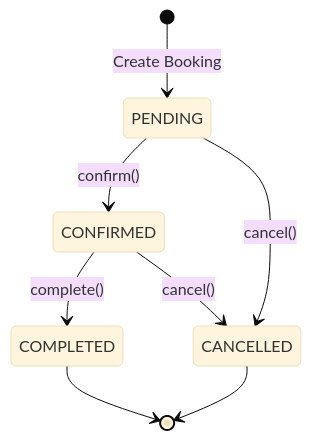
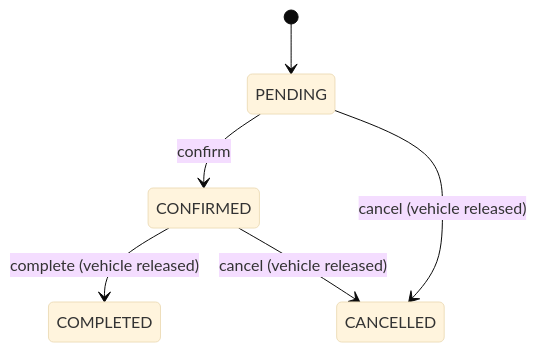
One commit to SoupikChowdhury/cpp-lld changed the second of 2 diagrams in lld/car_rental/README.md. Above: the diagram before and after it, drawn with Mermaid (base theme). The commit also changed other lines of this file and 3 other files, not shown here.

````diff
--- a/lld/car_rental/README.md
+++ b/lld/car_rental/README.md
@@ -226,10 +225,8 @@
 ```mermaid
 stateDiagram-v2
-    [*] --> PENDING : Create Booking
-    PENDING --> CONFIRMED : confirm()
-    PENDING --> CANCELLED : cancel()
-    CONFIRMED --> COMPLETED : complete()
-    CONFIRMED --> CANCELLED : cancel()
-    COMPLETED --> [*]
-    CANCELLED --> [*]
+    [*] --> PENDING
+    PENDING --> CONFIRMED : confirm
+    CONFIRMED --> COMPLETED : complete (vehicle released)
+    PENDING --> CANCELLED : cancel (vehicle released)
+    CONFIRMED --> CANCELLED : cancel (vehicle released)
 ```
````
